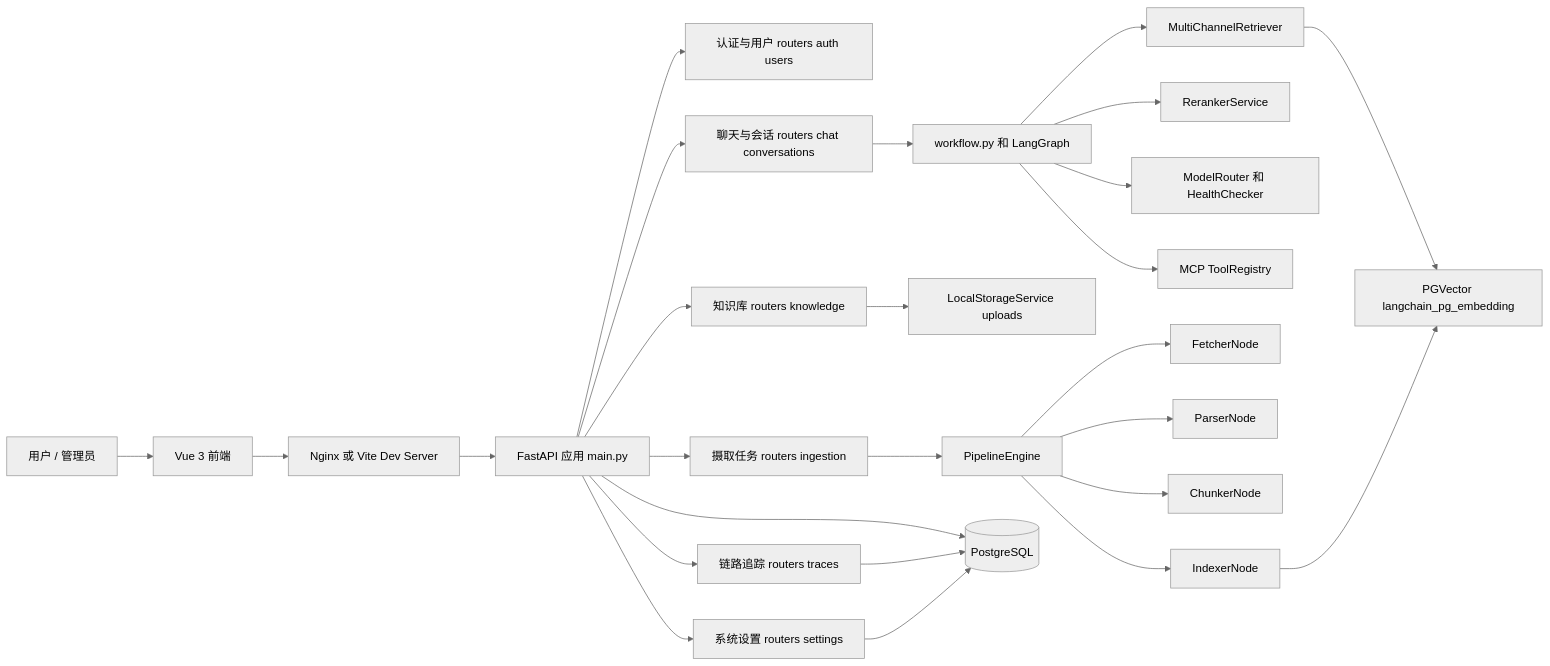
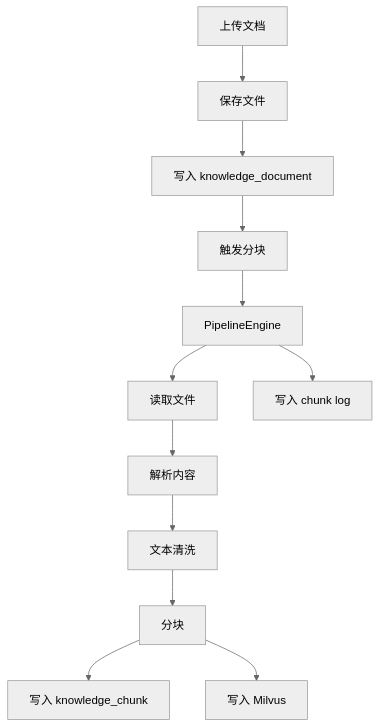
The first of 2 diagrams in README.md (Vantasy123/Ragent-python), drawn with Mermaid (neutral theme) before and after one commit. The commit also changed other lines of this file and 200 other files, not shown here.

````diff
--- a/README.md
+++ b/README.md
@@ -138,32 +278,14 @@
 ```mermaid
-flowchart LR
-    User["用户 / 管理员"] --> Web["Vue 3 前端"]
-    Web --> Nginx["Nginx 或 Vite Dev Server"]
-    Nginx --> API["FastAPI 应用 main.py"]
-
-    API --> Auth["认证与用户 routers auth users"]
-    API --> Chat["聊天与会话 routers chat conversations"]
-    API --> KB["知识库 routers knowledge"]
-    API --> Ingestion["摄取任务 routers ingestion"]
-    API --> Trace["链路追踪 routers traces"]
-    API --> Settings["系统设置 routers settings"]
-
-    Chat --> Workflow["workflow.py 和 LangGraph"]
-    Workflow --> Retriever["MultiChannelRetriever"]
-    Workflow --> Reranker["RerankerService"]
-    Workflow --> ModelRouter["ModelRouter 和 HealthChecker"]
-    Workflow --> Tools["MCP ToolRegistry"]
-
-    KB --> Storage["LocalStorageService uploads"]
-    Ingestion --> Pipeline["PipelineEngine"]
-    Pipeline --> Fetcher["FetcherNode"]
-    Pipeline --> Parser["ParserNode"]
-    Pipeline --> Chunker["ChunkerNode"]
-    Pipeline --> Indexer["IndexerNode"]
-
-    Retriever --> VectorStore["PGVector langchain_pg_embedding"]
-    Indexer --> VectorStore
-    API --> DB[("PostgreSQL")]
-    Trace --> DB
-    Settings --> DB
+flowchart TD
+    Upload["上传文档"] --> Store["保存文件"]
+    Store --> DocRow["写入 knowledge_document"]
+    DocRow --> ChunkAPI["触发分块"]
+    ChunkAPI --> Engine["PipelineEngine"]
+    Engine --> Fetcher["读取文件"]
+    Fetcher --> Parser["解析内容"]
+    Parser --> Clean["文本清洗"]
+    Clean --> Chunker["分块"]
+    Chunker --> ChunkRows["写入 knowledge_chunk"]
+    Chunker --> Indexer["写入 Milvus"]
+    Engine --> Log["写入 chunk log"]
 ```
````
